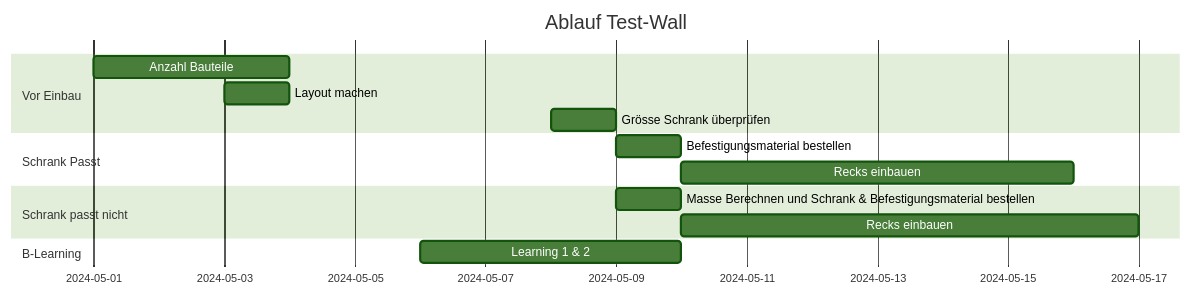
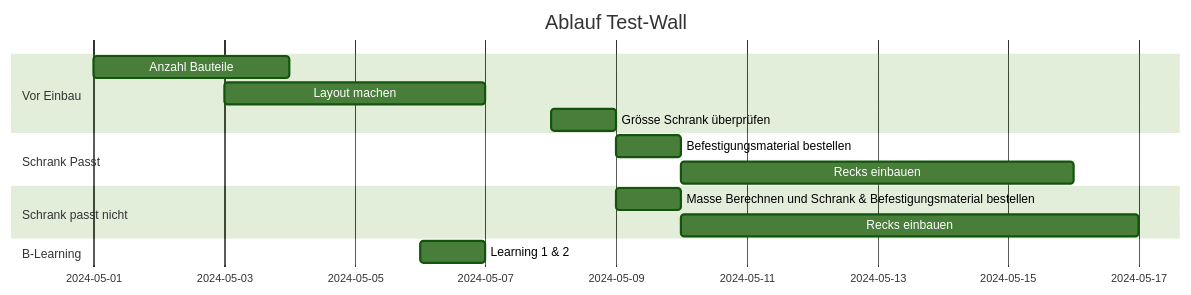
The diagram in Ablauf_Test-Wall.mmd (BenZiep/BenZiep), drawn with Mermaid (forest theme) before and after one commit.

```diff
--- a/Ablauf_Test-Wall.mmd
+++ b/Ablauf_Test-Wall.mmd
@@ -1,15 +1,15 @@
 gantt
     title Ablauf Test-Wall
     dateFormat  YYYY-MM-DD
     section Vor Einbau
     Anzahl Bauteile           :a1, 2024-05-01, 3d
-    Layout machen     :a2, 2024-05-03  , 1d
+    Layout machen     :a2, 2024-05-03  , 4d
     Grösse Schrank überprüfen :a3, 2024-05-08, 1d
     section Schrank Passt
     Befestigungsmaterial bestellen      :b1, 2024-05-09 , 1d
     Recks einbauen      :after b1, 6d
     section Schrank passt nicht
     Masse Berechnen und Schrank & Befestigungsmaterial bestellen :after a3, 1d
     Recks einbauen :c1, after b1, 7d
     section B-Learning
-    Learning 1 & 2 :d1, 2024-05-06, 4d
+    Learning 1 & 2 :d1, 2024-05-06, 1d
```
